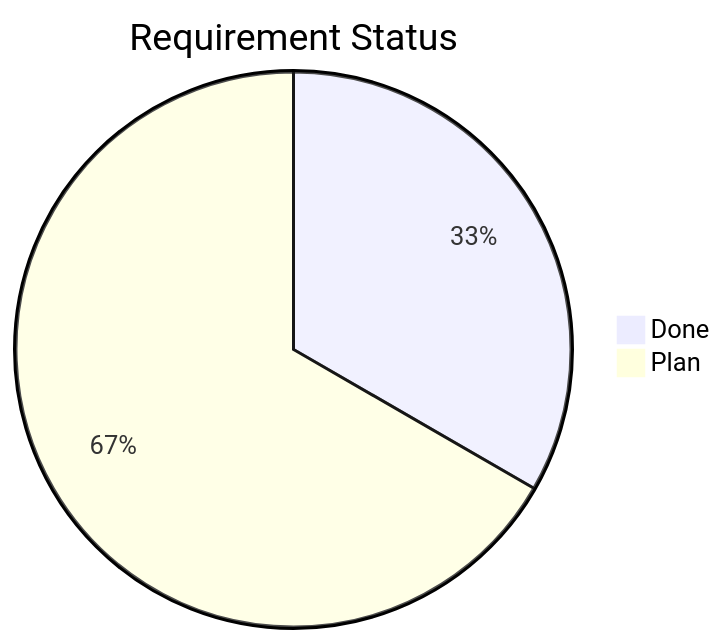
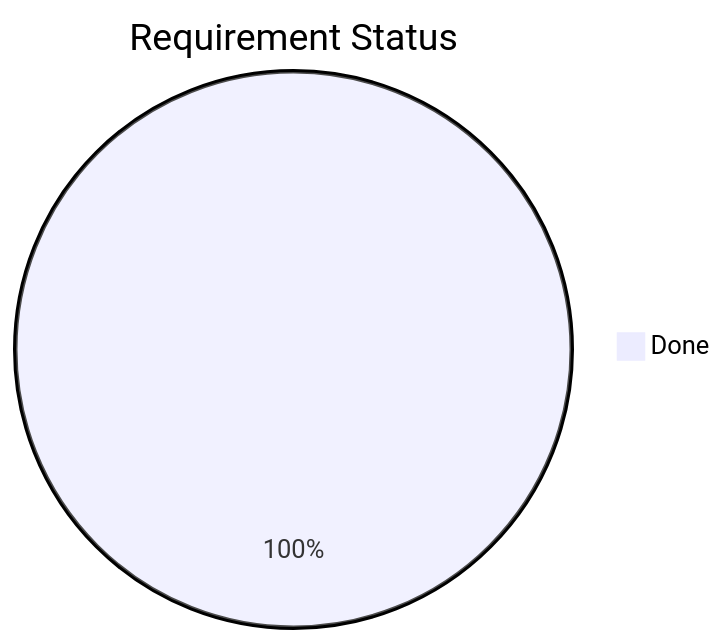
One commit to Hunter-Leo/clawd-relay changed the first of 2 diagrams in .dev/blueprint.md. Above: the diagram before and after it, drawn with Mermaid. The commit also changed other lines of this file and 2 other files, not shown here.

First line of the commit message:
docs: finalize 006-pairing-flow — tasks, start-and-resume, blueprint

````diff
--- a/.dev/blueprint.md
+++ b/.dev/blueprint.md
@@ -7,5 +7,4 @@
 ```mermaid
 pie title Requirement Status
-    "Done" : 2
-    "Plan" : 4
+    "Done" : 6
 ```
````
